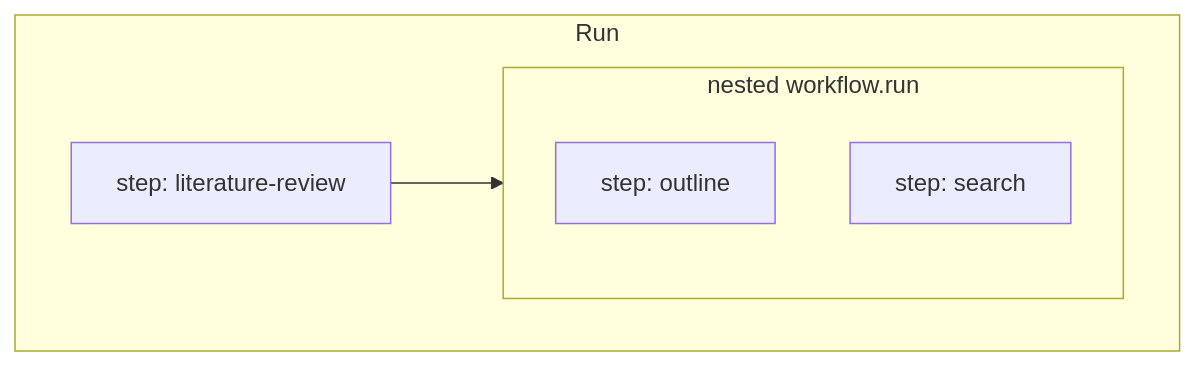
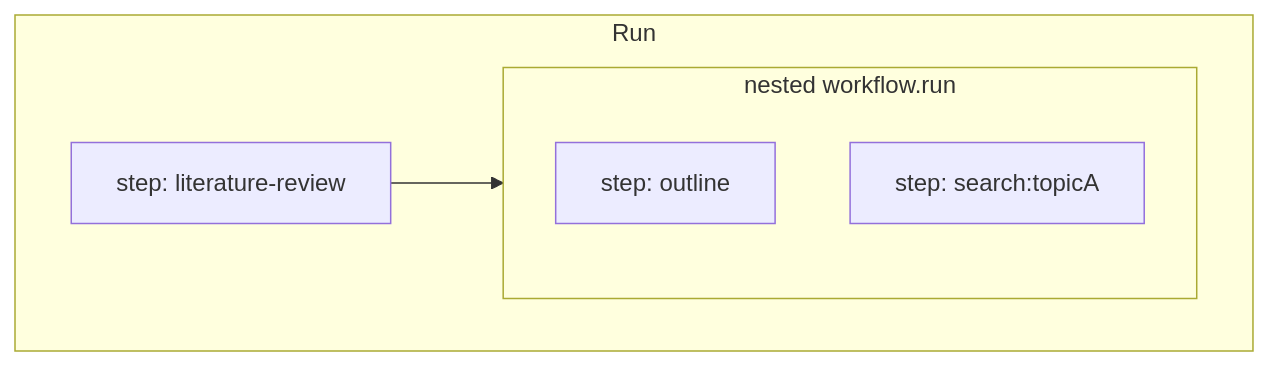
The diagram in notes/workflow-api.md (jsimonrichard/agent-dev-lab), drawn with Mermaid before and after one commit. The commit also changed other lines of this file and 1 other file, not shown here.

First line of the commit message:
docs(notes): step keys, { ctx } callback, parallel step rules

````diff
--- a/notes/workflow-api.md
+++ b/notes/workflow-api.md
@@ -266,11 +264,11 @@
 ```mermaid
 flowchart TB
   subgraph run["Run"]
     S1["step: literature-review"]
     subgraph inner["nested workflow.run"]
       S2["step: outline"]
-      S3["step: search"]
+      S3["step: search:topicA"]
     end
     S1 --> inner
   end
 ```
````
